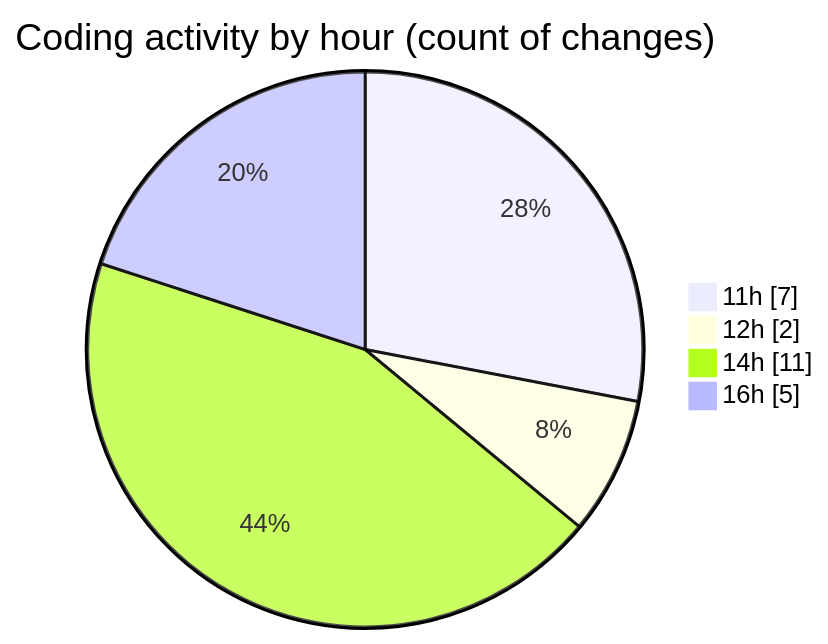
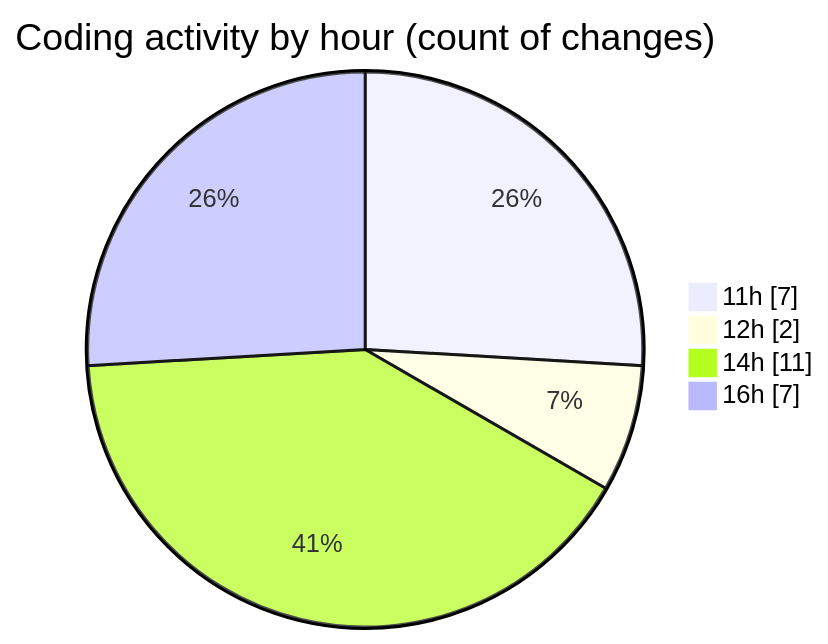
One commit to debugP/code-tracking changed the second of 2 diagrams in 2025-09-26/untitled__workspace_/README.md. Above: the diagram before and after it, drawn with Mermaid. The commit also changed other lines of this file and 1 other file, not shown here.

````diff
--- a/2025-09-26/untitled__workspace_/README.md
+++ b/2025-09-26/untitled__workspace_/README.md
@@ -34,8 +34,8 @@
 ```mermaid
 pie showData
 title Coding activity by hour (count of changes)
 "11h" : 7
 "12h" : 2
 "14h" : 11
-"16h" : 5
+"16h" : 7
 ```
````
